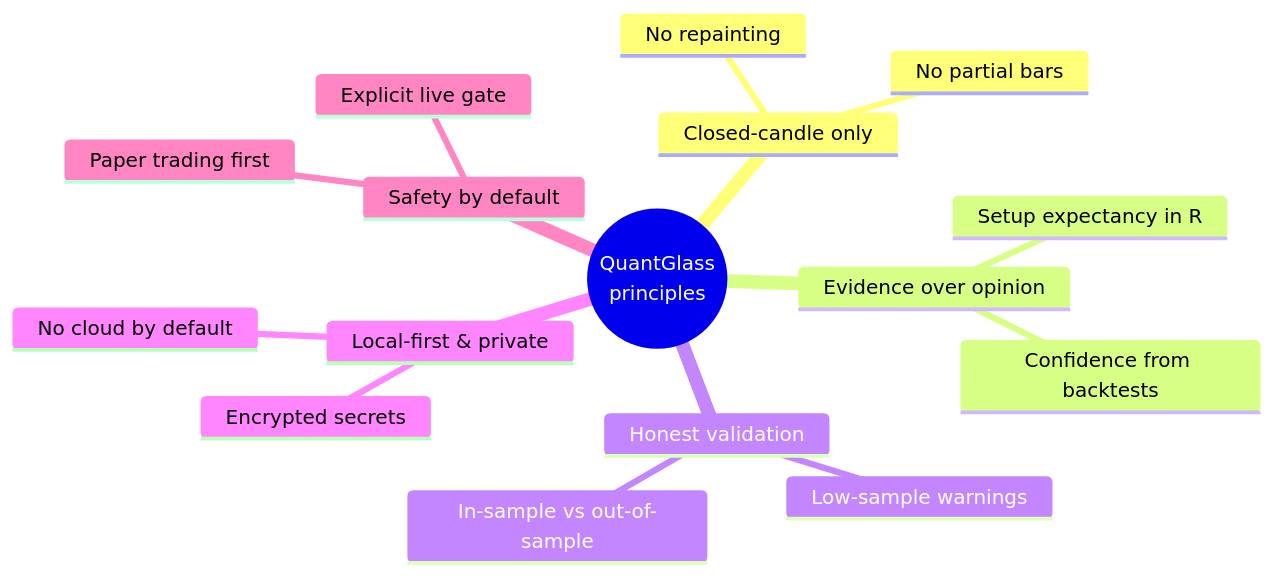
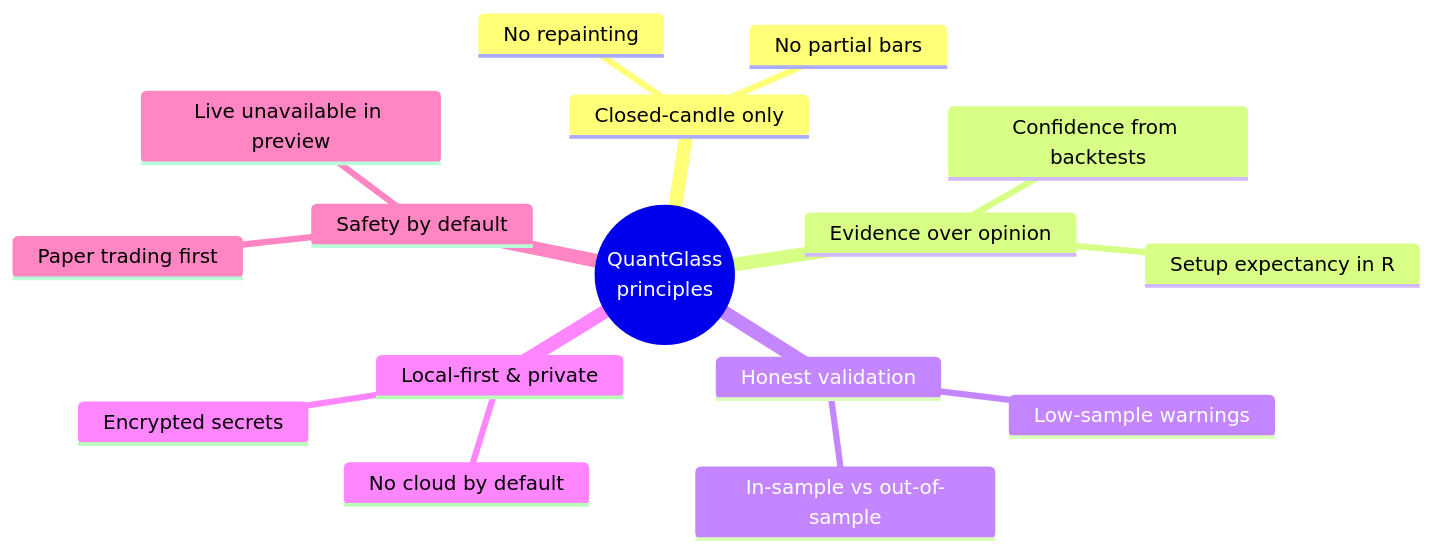
One commit to quantglass-labs/quantglass changed the diagram in docs/user-guide/01-introduction.md. Above: the diagram before and after it, drawn with Mermaid. The commit also changed other lines of this file and 13 other files, not shown here.

````diff
--- a/docs/user-guide/01-introduction.md
+++ b/docs/user-guide/01-introduction.md
@@ -37,19 +37,19 @@
 ```mermaid
 mindmap
   root((QuantGlass<br/>principles))
     Closed-candle only
       No partial bars
       No repainting
     Evidence over opinion
       Confidence from backtests
       Setup expectancy in R
     Honest validation
       In-sample vs out-of-sample
       Low-sample warnings
     Local-first & private
       No cloud by default
       Encrypted secrets
     Safety by default
       Paper trading first
-      Explicit live gate
+      Live unavailable in preview
 ```
````
